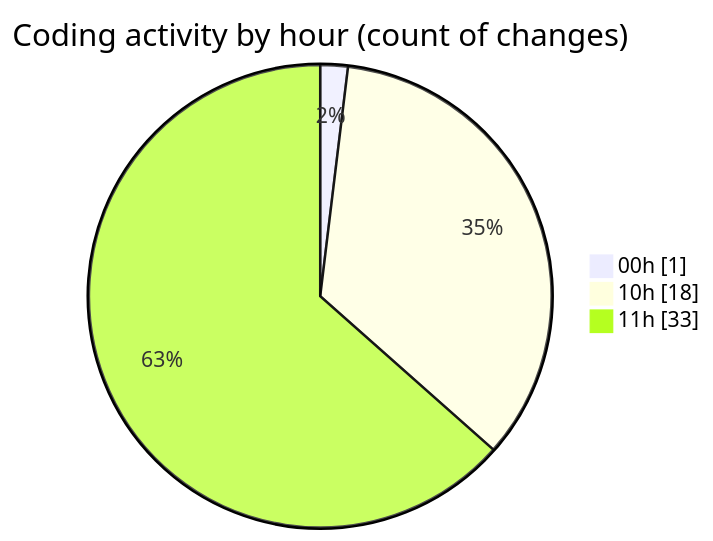
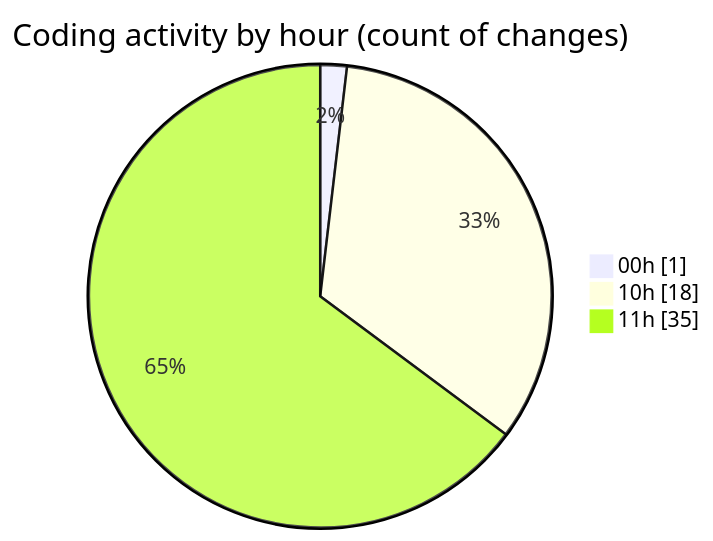
The second of 2 diagrams in 2025-07-08/urlwebwala_intership_work/README.md (Ritupan-Deka/code-tracking), drawn with Mermaid before and after one commit. The commit also changed other lines of this file and 1 other file, not shown here.

````diff
--- a/2025-07-08/urlwebwala_intership_work/README.md
+++ b/2025-07-08/urlwebwala_intership_work/README.md
@@ -30,7 +30,7 @@
 ```mermaid
 pie showData
 title Coding activity by hour (count of changes)
 "00h" : 1
 "10h" : 18
-"11h" : 33
+"11h" : 35
 ```
````
